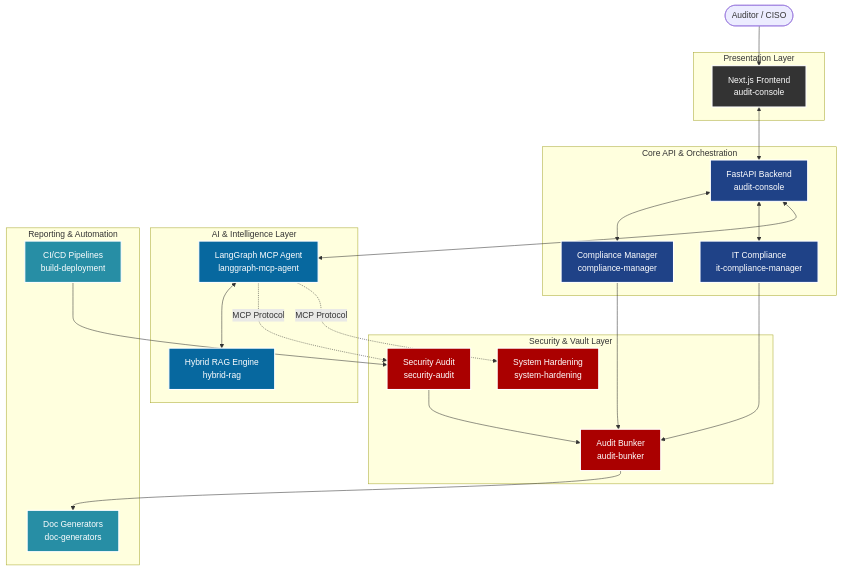
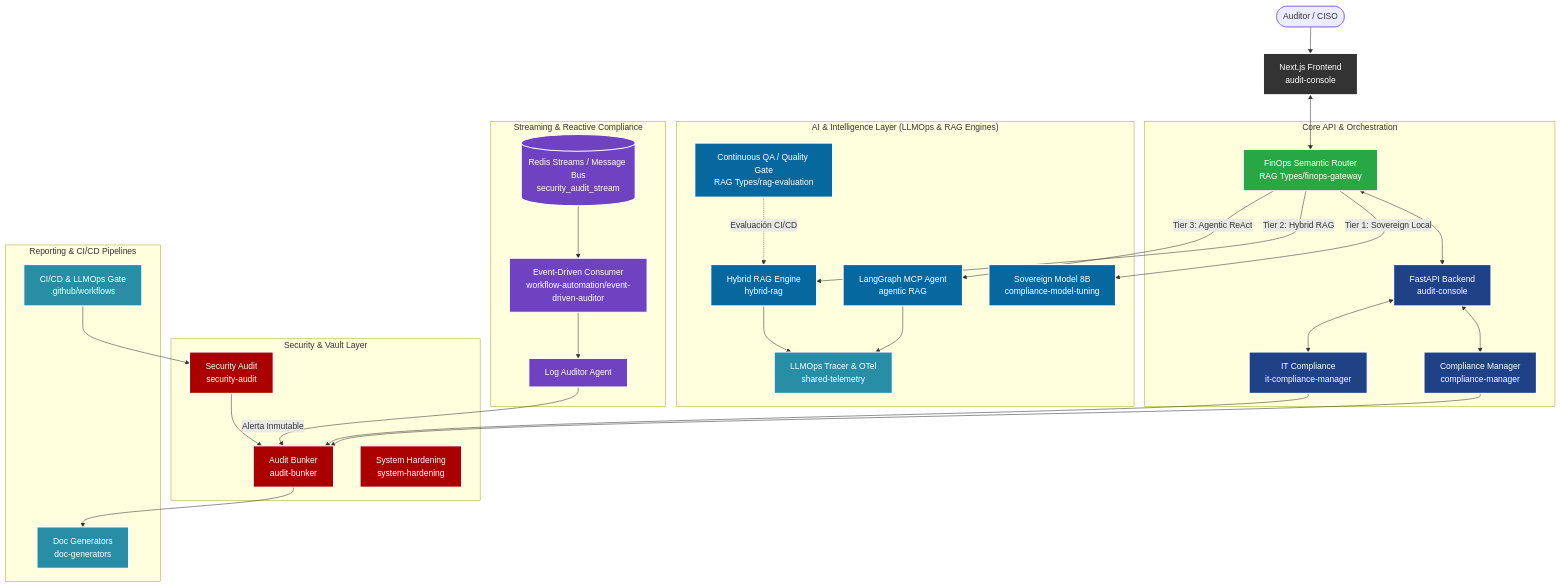
The diagram in README.md (Tardigrado-76/enterprise-grc-platform), drawn with Mermaid before and after one commit. The commit also changed other lines of this file, not shown here.

Commit message:
Update README.md with FinOps, LLMOps, Sovereign Model, and Event-Driven Auditor documentation

````diff
--- a/README.md
+++ b/README.md
@@ -17,54 +19,50 @@
 ```mermaid
 flowchart TD
     %% Define Styles
     classDef frontend fill:#333,stroke:#fff,stroke-width:2px,color:#fff;
     classDef backend fill:#1f4287,stroke:#fff,stroke-width:2px,color:#fff;
     classDef ai fill:#07689f,stroke:#fff,stroke-width:2px,color:#fff;
+    classDef finops fill:#28a745,stroke:#fff,stroke-width:2px,color:#fff;
     classDef security fill:#a00,stroke:#fff,stroke-width:2px,color:#fff;
+    classDef stream fill:#6f42c1,stroke:#fff,stroke-width:2px,color:#fff;
     classDef data fill:#278ea5,stroke:#fff,stroke-width:2px,color:#fff;
 
-    %% Nodes
-    User([Auditor / CISO]) --> UI
+    %% Presentation Layer
+    User([Auditor / CISO]) --> UI[Next.js Frontend\naudit-console]:::frontend
     
-    subgraph "Presentation Layer"
-        UI[Next.js Frontend\naudit-console]:::frontend
-    end
+    %% API & FinOps Gateway
+    UI <--> Gateway[FinOps Semantic Router\nRAG Types/finops-gateway]:::finops
     
     subgraph "Core API & Orchestration"
-        API[FastAPI Backend\naudit-console]:::backend
-        CompManager[Compliance Manager\ncompliance-manager]:::backend
-        ITComp[IT Compliance\nit-compliance-manager]:::backend
+        Gateway <--> API[FastAPI Backend\naudit-console]:::backend
+        API <--> CompManager[Compliance Manager\ncompliance-manager]:::backend
+        API <--> ITComp[IT Compliance\nit-compliance-manager]:::backend
     end
 
-    subgraph "AI & Intelligence Layer"
-        LangGraph[LangGraph MCP Agent\nlanggraph-mcp-agent]:::ai
-        HybridRAG[Hybrid RAG Engine\nhybrid-rag]:::ai
+    subgraph "AI & Intelligence Layer (LLMOps & RAG Engines)"
+        Gateway -->|Tier 1: Sovereign Local| LocalLLM[Sovereign Model 8B\ncompliance-model-tuning]:::ai
+        Gateway -->|Tier 2: Hybrid RAG| HybridRAG[Hybrid RAG Engine\nhybrid-rag]:::ai
+        Gateway -->|Tier 3: Agentic ReAct| LangGraph[LangGraph MCP Agent\nagentic RAG]:::ai
+        
+        RAGEval[Continuous QA / Quality Gate\nRAG Types/rag-evaluation]:::ai -.->|Evaluación CI/CD| HybridRAG
+        HybridRAG & LangGraph --> Tracer[LLMOps Tracer & OTel\nshared-telemetry]:::data
+    end
+
+    subgraph "Streaming & Reactive Compliance"
+        EventBus[(Redis Streams / Message Bus\nsecurity_audit_stream)]:::stream --> Consumer[Event-Driven Consumer\nworkflow-automation/event-driven-auditor]:::stream
+        Consumer --> AgentAuditor[Log Auditor Agent]:::stream
     end
 
     subgraph "Security & Vault Layer"
-        Bunker[Audit Bunker\naudit-bunker]:::security
-        SecAudit[Security Audit\nsecurity-audit]:::security
+        CompManager --> Bunker[Audit Bunker\naudit-bunker]:::security
+        ITComp --> Bunker
+        AgentAuditor -->|Alerta Inmutable| Bunker
+        SecAudit[Security Audit\nsecurity-audit]:::security --> Bunker
         Hardening[System Hardening\nsystem-hardening]:::security
     end
 
-    subgraph "Reporting & Automation"
-        DocGen[Doc Generators\ndoc-generators]:::data
-        Pipeline[CI/CD Pipelines\nbuild-deployment]:::data
+    subgraph "Reporting & CI/CD Pipelines"
+        Bunker --> DocGen[Doc Generators\ndoc-generators]:::data
+        Pipeline[CI/CD & LLMOps Gate\n.github/workflows]:::data --> SecAudit
     end
-
-    %% Connections
-    UI <--> API
-    API <--> CompManager
-    API <--> ITComp
-    API <--> LangGraph
-    LangGraph <--> HybridRAG
-    LangGraph -. "MCP Protocol" .-> SecAudit
-    LangGraph -. "MCP Protocol" .-> Hardening
-    
-    CompManager --> Bunker
-    ITComp --> Bunker
-    SecAudit --> Bunker
-    
-    Bunker --> DocGen
-    Pipeline --> SecAudit
 ```
````
